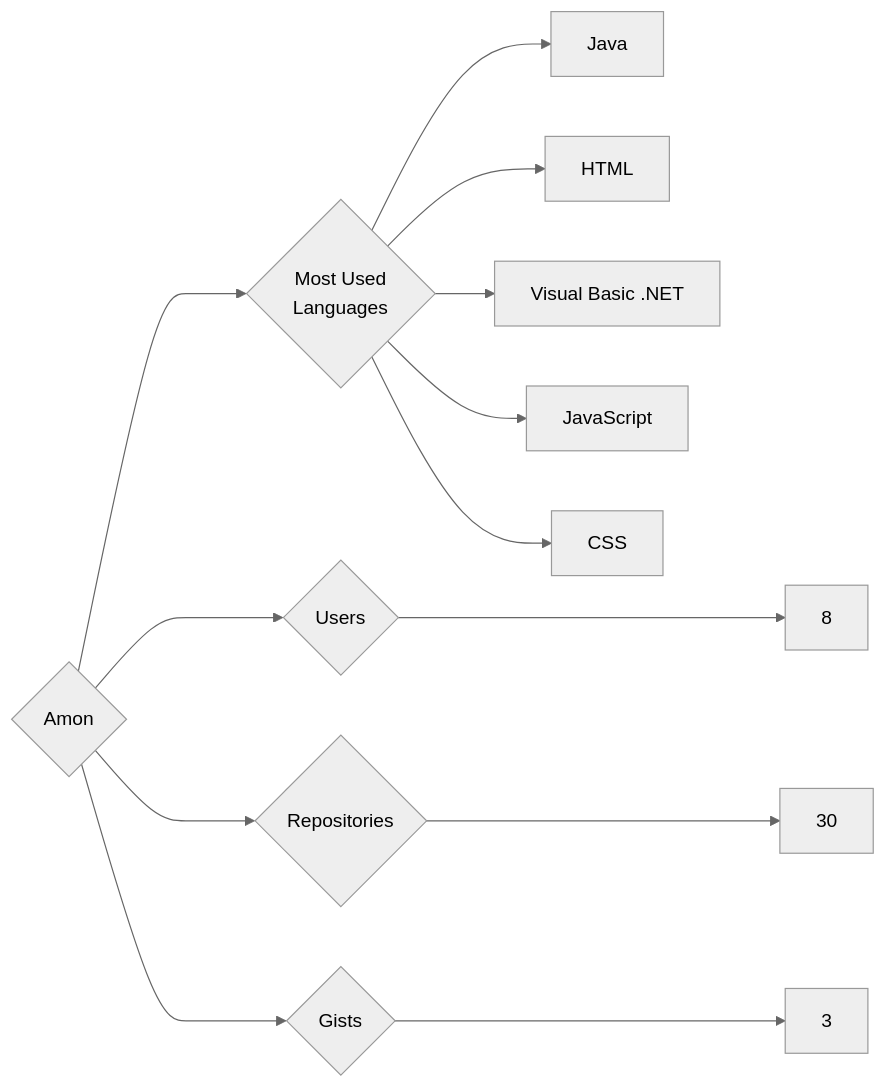
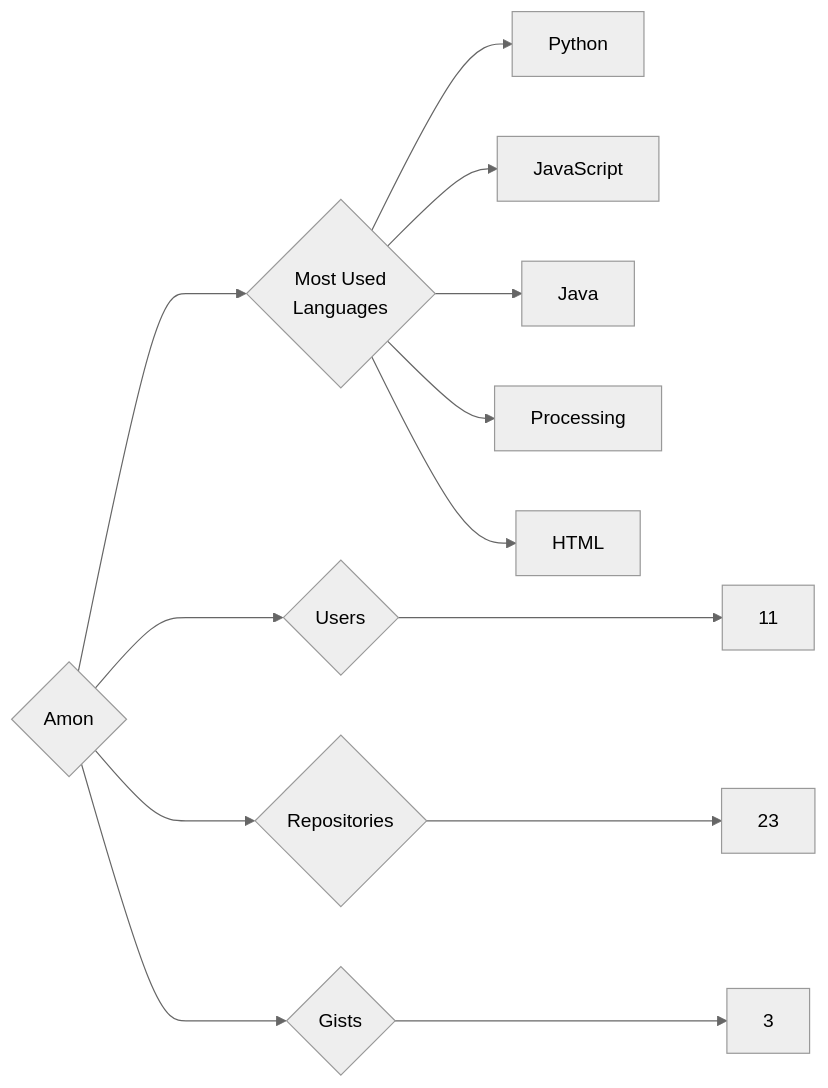
The diagram in targets/Amon/README.md (trickest/insiders), drawn with Mermaid (neutral theme) before and after one commit. The commit also changed 772 other files, not shown here.

````diff
--- a/targets/Amon/README.md
+++ b/targets/Amon/README.md
@@ -3,13 +3,13 @@
 ```mermaid
 graph LR
 COMPANY_NAME{Amon}
-COMPANY_NAME ---> U{Users} ---> UN[8]
-COMPANY_NAME ---> R{Repositories} ---> RN[30]
+COMPANY_NAME ---> U{Users} ---> UN[11]
+COMPANY_NAME ---> R{Repositories} ---> RN[23]
 COMPANY_NAME ---> G{Gists} ---> GN[3]
 COMPANY_NAME ---> ML{Most Used<br>Languages}
+ML --> Python[Python]
+ML --> JavaScript[JavaScript]
 ML --> Java[Java]
+ML --> Processing[Processing]
 ML --> HTML[HTML]
-ML --> Visual_Basic_.NET[Visual Basic .NET]
-ML --> JavaScript[JavaScript]
-ML --> CSS[CSS]
 ```
````
